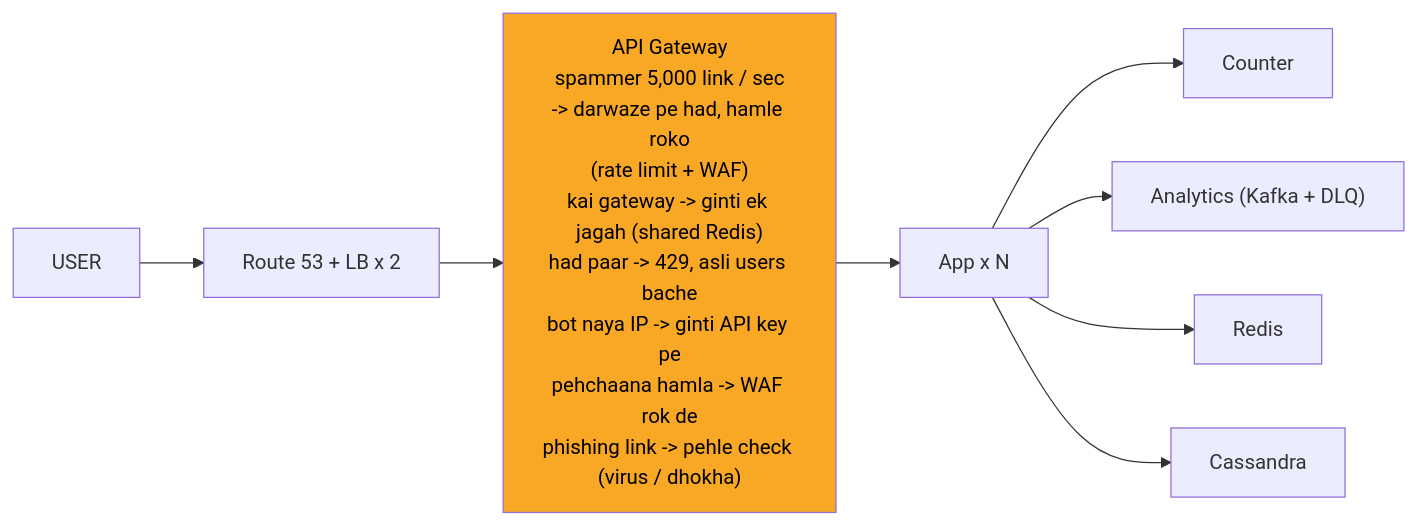
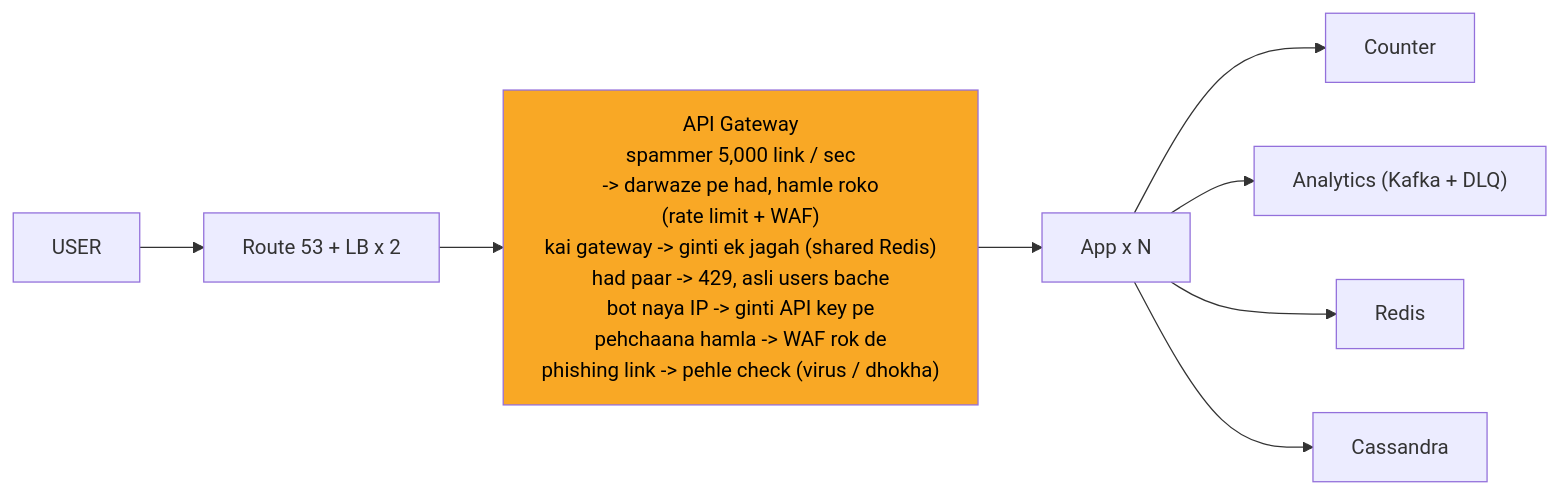
The ninth of 10 diagrams in 04_HLD/SYSTEM_DESIGNS/01_url_shortener/01_url_shortener.md (ArpanMaheshwari144/Prep), drawn with Mermaid before and after one commit. The commit also changed other lines of this file, not shown here.

Commit message:
url shortener: diagram ka dabba chauda (wrappingWidth 450)

````diff
--- a/04_HLD/SYSTEM_DESIGNS/01_url_shortener/01_url_shortener.md
+++ b/04_HLD/SYSTEM_DESIGNS/01_url_shortener/01_url_shortener.md
@@ -386,19 +394,20 @@
 ```mermaid
+%%{init: {"flowchart": {"wrappingWidth": 450}}}%%
 flowchart LR
     n_USER["USER"]
     n_EDGE["Route 53 + LB x 2"]
     n_API_Gateway["API Gateway<br/>spammer 5,000 link / sec<br/>-> darwaze pe had, hamle roko<br/>(rate limit + WAF)<br/>kai gateway -> ginti ek jagah (shared Redis)<br/>had paar -> 429, asli users bache<br/>bot naya IP -> ginti API key pe<br/>pehchaana hamla -> WAF rok de<br/>phishing link -> pehle check (virus / dhokha)"]
     n_App_xN["App x N"]
     n_Counter["Counter"]
     n_ANA["Analytics (Kafka + DLQ)"]
     n_Redis["Redis"]
     n_Cassandra["Cassandra"]
     n_USER --> n_EDGE
     n_EDGE --> n_API_Gateway
     n_API_Gateway --> n_App_xN
     n_App_xN --> n_Counter
     n_App_xN --> n_ANA
     n_App_xN --> n_Redis
     n_App_xN --> n_Cassandra
     style n_API_Gateway fill:#f9a825,color:#000
 ```
````
